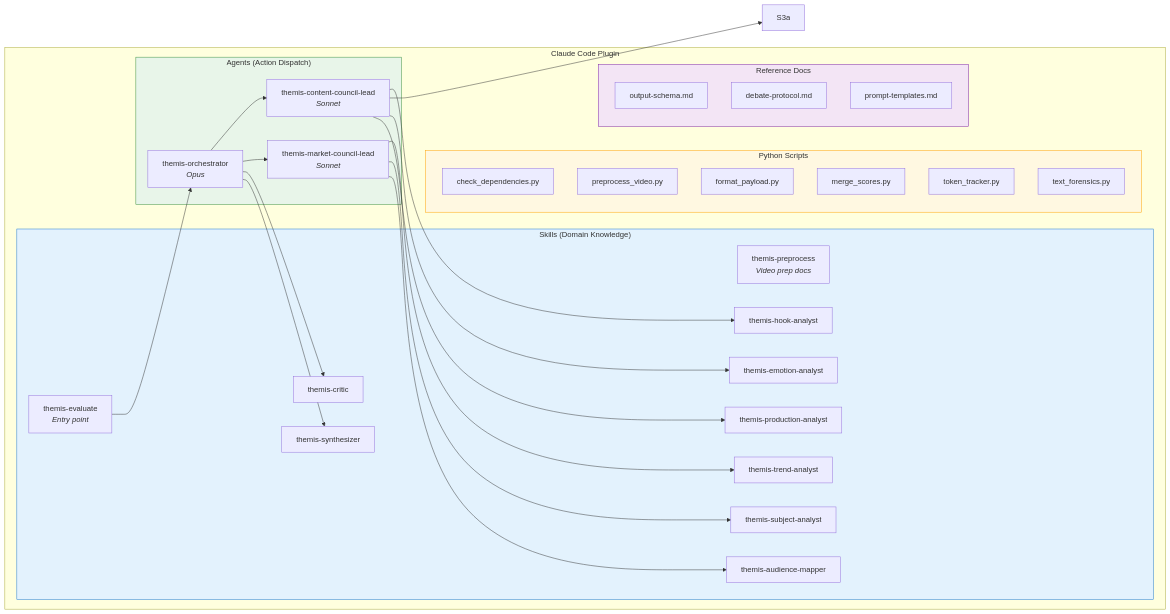
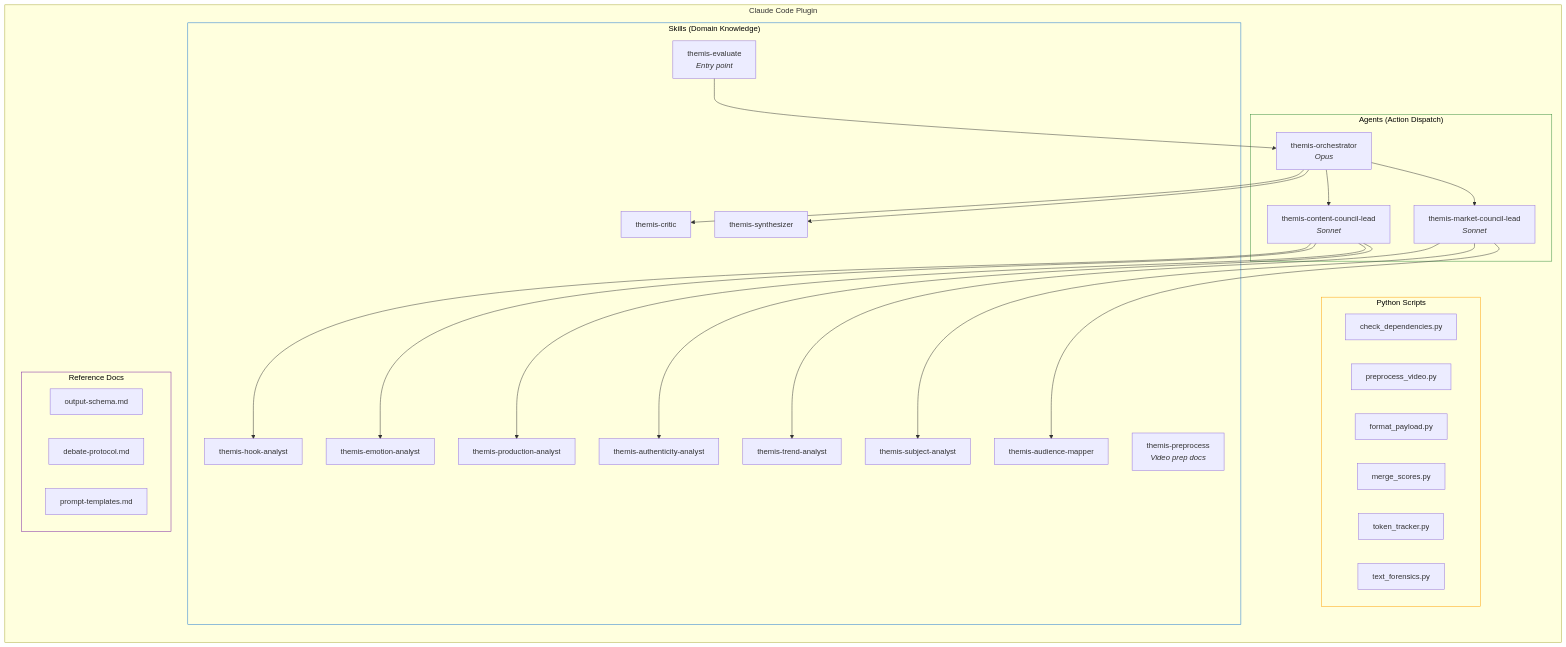
One commit to SacredWizard/themis changed the second of 13 diagrams in design/ARCHITECTURE.md. Above: the diagram before and after it, drawn with Mermaid. The commit also changed other lines of this file, not shown here.

````diff
--- a/design/ARCHITECTURE.md
+++ b/design/ARCHITECTURE.md
@@ -114,48 +114,49 @@
 ```mermaid
 graph LR
     subgraph Plugin["Claude Code Plugin"]
         subgraph Skills["Skills (Domain Knowledge)"]
             S1["themis-evaluate<br/><i>Entry point</i>"]
             S2["themis-preprocess<br/><i>Video prep docs</i>"]
             S3["themis-hook-analyst"]
             S4["themis-emotion-analyst"]
             S5["themis-production-analyst"]
+            S5a["themis-authenticity-analyst"]
             S6["themis-trend-analyst"]
             S7["themis-subject-analyst"]
             S8["themis-audience-mapper"]
             S9["themis-critic"]
             S10["themis-synthesizer"]
         end
         subgraph Agents["Agents (Action Dispatch)"]
             A1["themis-orchestrator<br/><i>Opus</i>"]
             A2["themis-content-council-lead<br/><i>Sonnet</i>"]
             A3["themis-market-council-lead<br/><i>Sonnet</i>"]
         end
         subgraph Scripts["Python Scripts"]
             P1["check_dependencies.py"]
             P2["preprocess_video.py"]
             P3["format_payload.py"]
             P4["merge_scores.py"]
             P5["token_tracker.py"]
             P6["text_forensics.py"]
         end
         subgraph Refs["Reference Docs"]
             R1["output-schema.md"]
             R2["debate-protocol.md"]
             R3["prompt-templates.md"]
         end
     end
 
     S1 --> A1
     A1 --> A2
     A1 --> A3
-    A2 --> S3 & S3a & S4 & S5
+    A2 --> S3 & S4 & S5 & S5a
     A3 --> S6 & S7 & S8
     A1 --> S9
     A1 --> S10
 
-    style Skills fill:#e3f2fd,stroke:#1976D2
-    style Agents fill:#e8f5e9,stroke:#388E3C
-    style Scripts fill:#fff8e1,stroke:#FFA000
-    style Refs fill:#f3e5f5,stroke:#7B1FA2
+    style Skills fill:transparent,stroke:#1976D2,color:#000
+    style Agents fill:transparent,stroke:#388E3C,color:#000
+    style Scripts fill:transparent,stroke:#FFA000,color:#000
+    style Refs fill:transparent,stroke:#7B1FA2,color:#000
 ```
````
